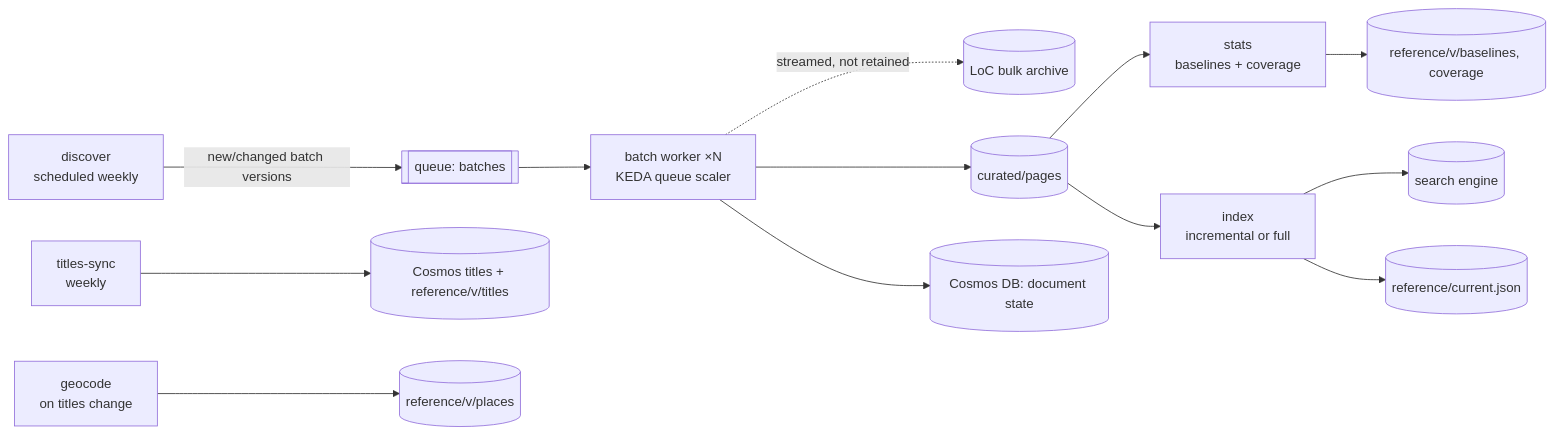
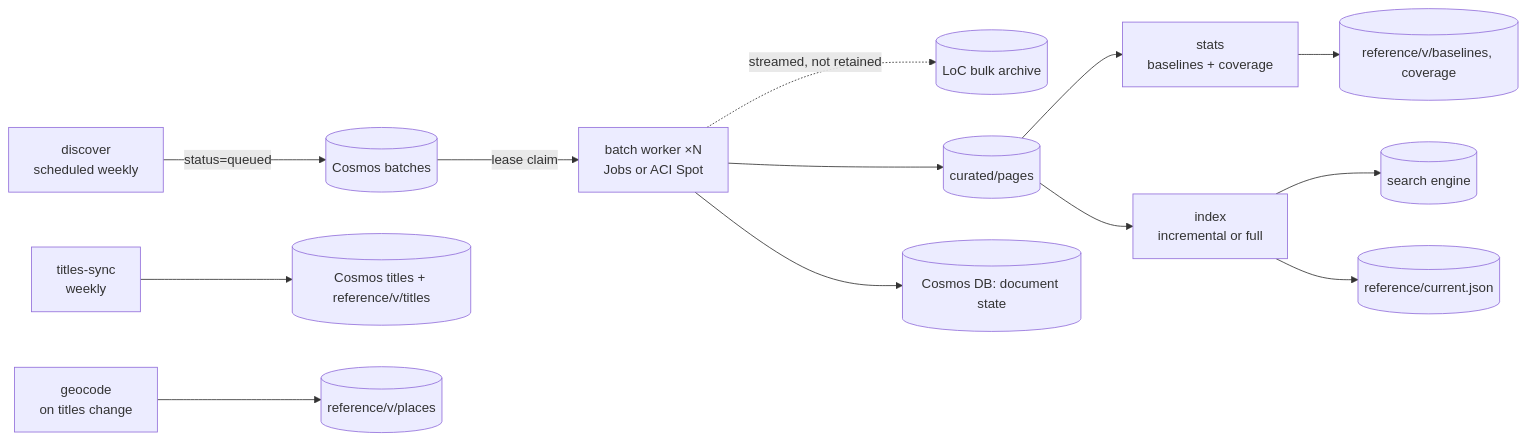
Before and after one commit to tgoodyear/usnewsmap.com: the diagram in docs/design/04-data-sources-and-ingestion.md, drawn with Mermaid. The commit also changed other lines of this file and 12 other files, not shown here.

````diff
--- a/docs/design/04-data-sources-and-ingestion.md
+++ b/docs/design/04-data-sources-and-ingestion.md
@@ -79,13 +79,13 @@
 ```mermaid
 flowchart LR
-  D[discover<br/>scheduled weekly] -->|new/changed batch versions| Q[[queue: batches]]
-  Q --> B[batch worker ×N<br/>KEDA queue scaler]
+  D[discover<br/>scheduled weekly] -->|status=queued| Q[(Cosmos batches)]
+  Q -->|lease claim| B[batch worker ×N<br/>Jobs or ACI Spot]
   B -. streamed, not retained .-> RAW[(LoC bulk archive)]
   B --> CUR[(curated/pages)]
   B --> MAN[(Cosmos DB: document state)]
   T[titles-sync<br/>weekly] --> REFT[(Cosmos titles + reference/v/titles)]
   G[geocode<br/>on titles change] --> REFP[(reference/v/places)]
   CUR --> S[stats<br/>baselines + coverage] --> REFB[(reference/v/baselines, coverage)]
   CUR --> I[index<br/>incremental or full] --> SE[(search engine)]
   I --> CURJ[(reference/current.json)]
 ```
````
